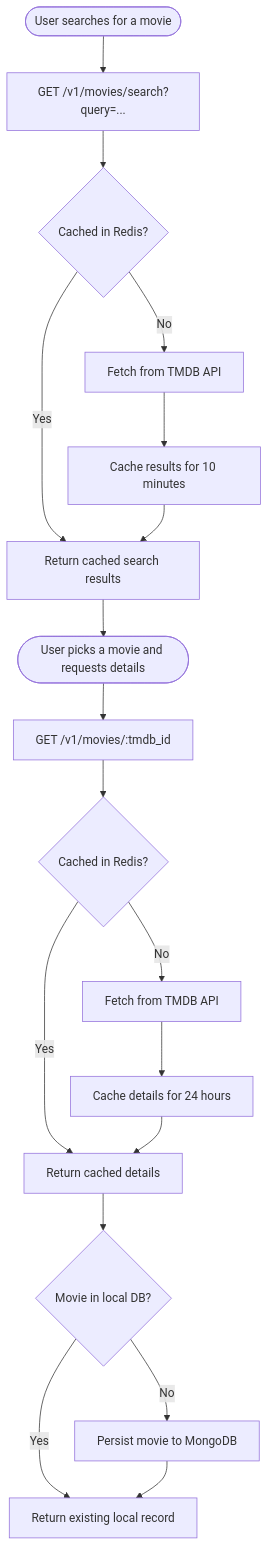
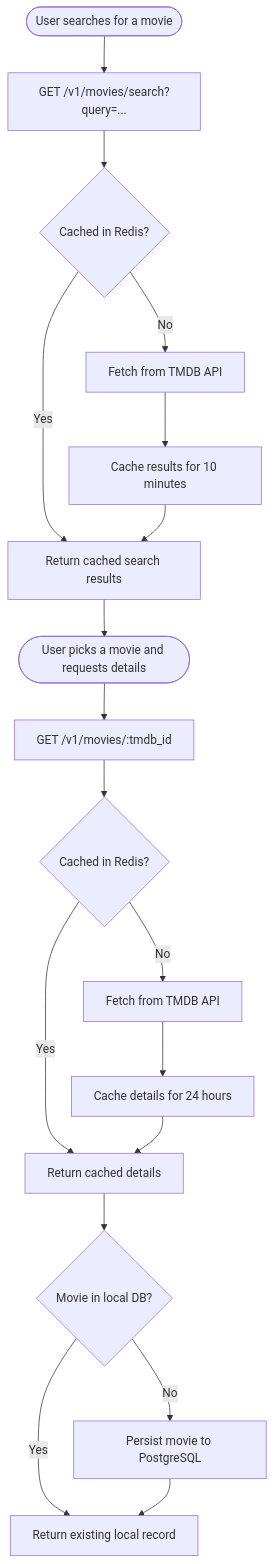
One commit to benincasantonio/cinelog_server changed the diagram in docs/functional/tmdb-service.md. Above: the diagram before and after it, drawn with Mermaid. The commit also changed other lines of this file and 98 other files, not shown here.

````diff
--- a/docs/functional/tmdb-service.md
+++ b/docs/functional/tmdb-service.md
@@ -142,22 +142,22 @@
 ```mermaid
 flowchart TD
     A([User searches for a movie]) --> B[GET /v1/movies/search?query=...]
     B --> C{Cached in Redis?}
     C -- Yes --> D[Return cached search results]
     C -- No --> E[Fetch from TMDB API]
     E --> F[Cache results for 10 minutes]
     F --> D
 
     D --> G([User picks a movie and requests details])
     G --> H[GET /v1/movies/:tmdb_id]
     H --> I{Cached in Redis?}
     I -- Yes --> J[Return cached details]
     I -- No --> K[Fetch from TMDB API]
     K --> L[Cache details for 24 hours]
     L --> J
 
     J --> M{Movie in local DB?}
     M -- Yes --> N[Return existing local record]
-    M -- No --> O[Persist movie to MongoDB]
+    M -- No --> O[Persist movie to PostgreSQL]
     O --> N
 ```
````
